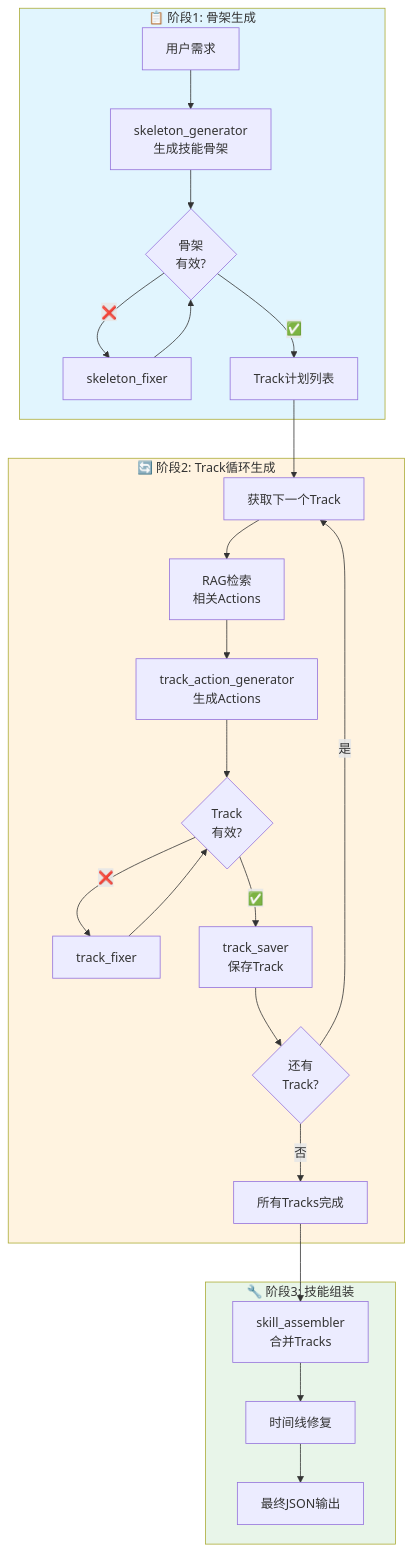
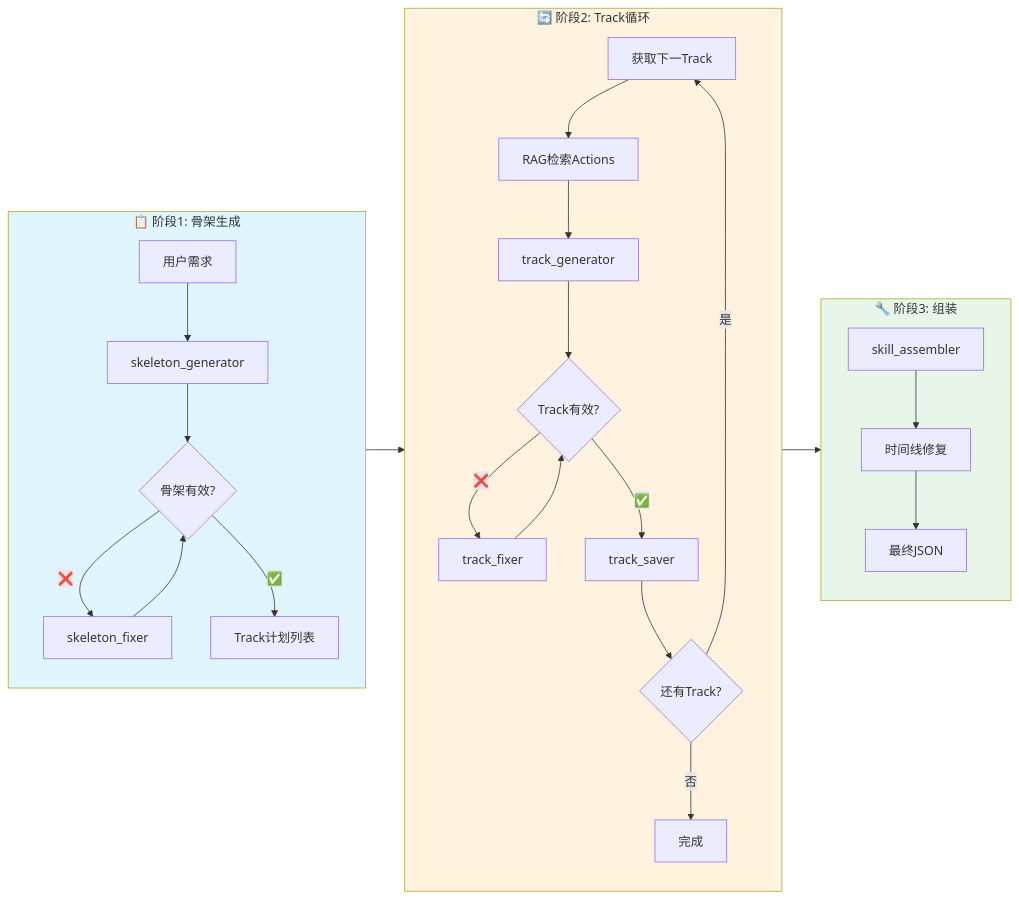
One commit to wqaetly/ai_agent_for_skill changed the fourth of 5 diagrams in README.md. Above: the diagram before and after it, drawn with Mermaid. The commit also changed other lines of this file and 191 other files, not shown here.

````diff
--- a/README.md
+++ b/README.md
@@ -228,31 +295,37 @@
 ```mermaid
-flowchart TB
+flowchart LR
     subgraph Phase1["📋 阶段1: 骨架生成"]
-        A[用户需求] --> B[skeleton_generator<br/>生成技能骨架]
-        B --> C{骨架<br/>有效?}
-        C -->|❌| D[skeleton_fixer] --> C
+        direction TB
+        A[用户需求] --> B[skeleton_generator]
+        B --> C{骨架有效?}
+        C -->|❌| D[skeleton_fixer]
+        D --> C
         C -->|✅| E[Track计划列表]
     end
 
-    subgraph Phase2["🔄 阶段2: Track循环生成"]
-        E --> F[获取下一个Track]
-        F --> G[RAG检索<br/>相关Actions]
-        G --> H[track_action_generator<br/>生成Actions]
-        H --> I{Track<br/>有效?}
-        I -->|❌| J[track_fixer] --> I
-        I -->|✅| K[track_saver<br/>保存Track]
-        K --> L{还有<br/>Track?}
+    subgraph Phase2["🔄 阶段2: Track循环"]
+        direction TB
+        F[获取下一Track] --> G[RAG检索Actions]
+        G --> H[track_generator]
+        H --> I{Track有效?}
+        I -->|❌| J[track_fixer]
+        J --> I
+        I -->|✅| K[track_saver]
+        K --> L{还有Track?}
         L -->|是| F
-        L -->|否| M[所有Tracks完成]
+        L -->|否| M[完成]
     end
 
-    subgraph Phase3["🔧 阶段3: 技能组装"]
-        M --> N[skill_assembler<br/>合并Tracks]
-        N --> O[时间线修复]
-        O --> P[最终JSON输出]
+    subgraph Phase3["🔧 阶段3: 组装"]
+        direction TB
+        N[skill_assembler] --> O[时间线修复]
+        O --> P[最终JSON]
     end
+
+    E --> F
+    M --> N
 
     style Phase1 fill:#e1f5fe
     style Phase2 fill:#fff3e0
     style Phase3 fill:#e8f5e9
 ```
````
